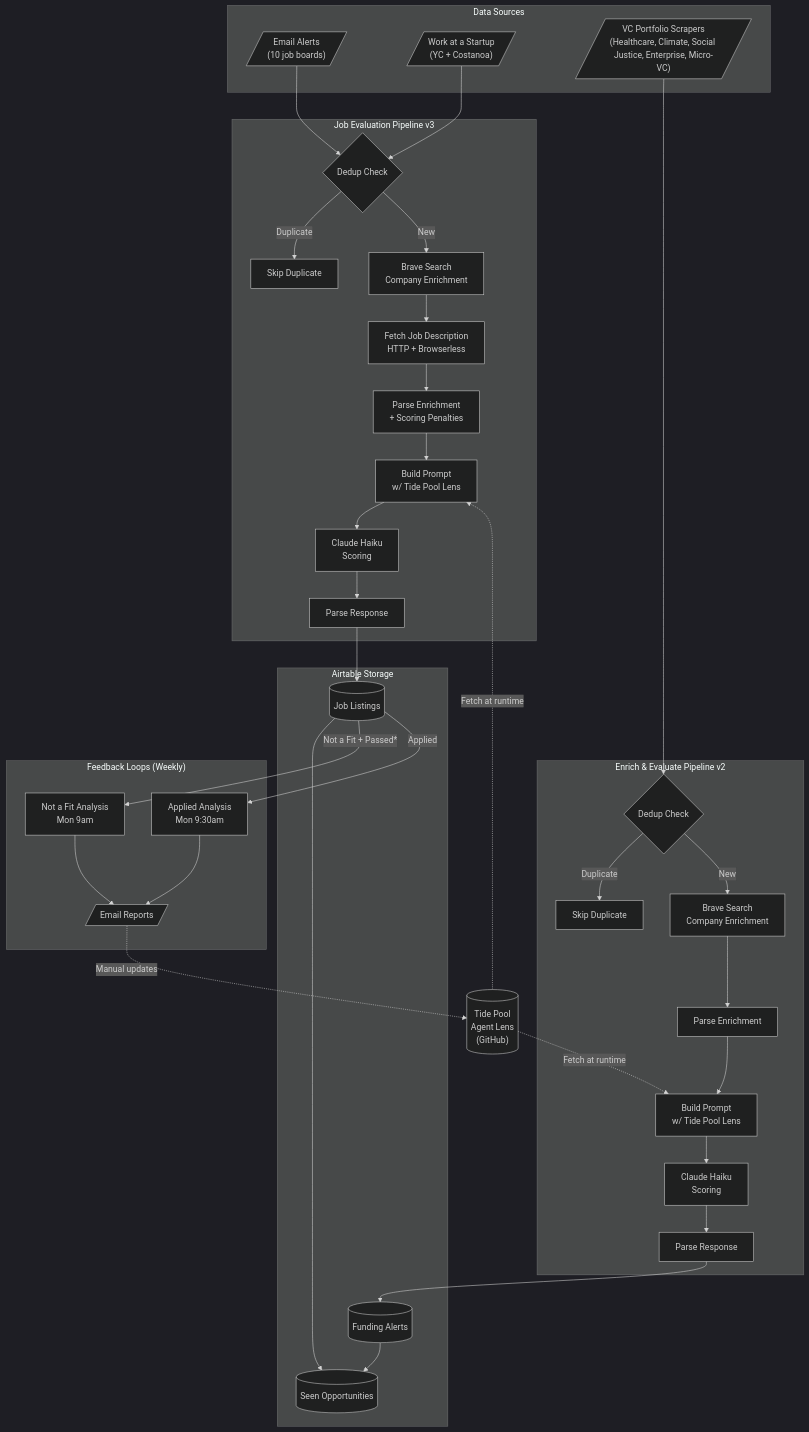
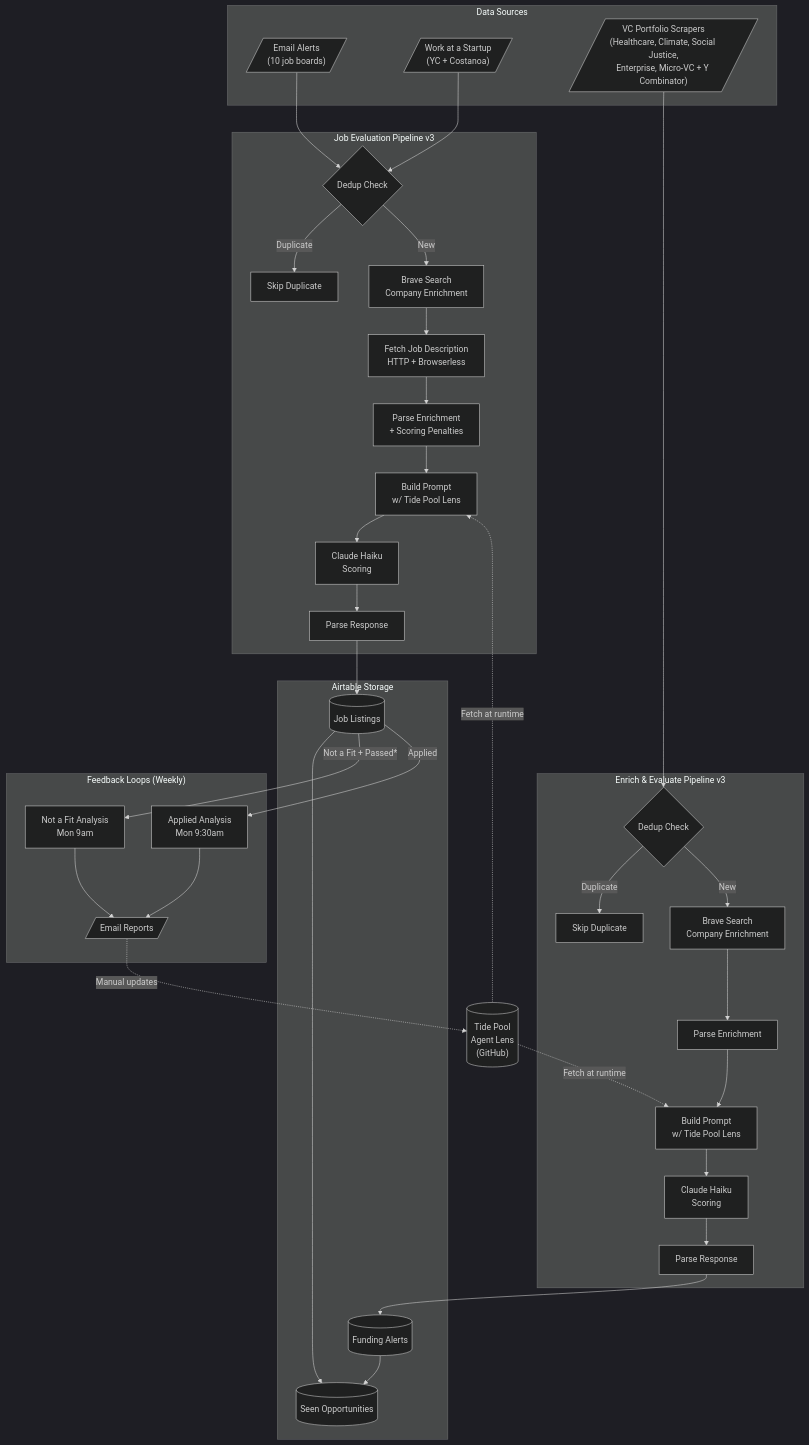
Before and after one commit to zelman/job_search: the first of 7 diagrams in FLOWCHART.md, drawn with Mermaid (dark theme). The commit also changed other lines of this file and 20 other files, not shown here.

````diff
--- a/FLOWCHART.md
+++ b/FLOWCHART.md
@@ -5,78 +5,78 @@
 ```mermaid
 flowchart TB
     subgraph Sources["Data Sources"]
         EMAIL[/"Email Alerts<br/>(10 job boards)"/]
         YC[/"Work at a Startup<br/>(YC + Costanoa)"/]
-        VC[/"VC Portfolio Scrapers<br/>(Healthcare, Climate, Social Justice, Enterprise, Micro-VC)"/]
+        VC[/"VC Portfolio Scrapers<br/>(Healthcare, Climate, Social Justice,<br/>Enterprise, Micro-VC + Y Combinator)"/]
     end
 
     subgraph JobPipeline["Job Evaluation Pipeline v3"]
         JP_DEDUP{Dedup Check}
         JP_SKIP[Skip Duplicate]
         JP_BRAVE[Brave Search<br/>Company Enrichment]
         JP_JD[Fetch Job Description<br/>HTTP + Browserless]
         JP_ENRICH[Parse Enrichment<br/>+ Scoring Penalties]
         JP_PROMPT[Build Prompt<br/>w/ Tide Pool Lens]
         JP_CLAUDE[Claude Haiku<br/>Scoring]
         JP_PARSE[Parse Response]
     end
 
-    subgraph CompanyPipeline["Enrich & Evaluate Pipeline v2"]
+    subgraph CompanyPipeline["Enrich & Evaluate Pipeline v3"]
         CP_DEDUP{Dedup Check}
         CP_SKIP[Skip Duplicate]
         CP_BRAVE[Brave Search<br/>Company Enrichment]
         CP_ENRICH[Parse Enrichment]
         CP_PROMPT[Build Prompt<br/>w/ Tide Pool Lens]
         CP_CLAUDE[Claude Haiku<br/>Scoring]
         CP_PARSE[Parse Response]
     end
 
     subgraph Storage["Airtable Storage"]
         JOBS[(Job Listings)]
         COMPANIES[(Funding Alerts)]
         SEEN[(Seen Opportunities)]
     end
 
     subgraph Feedback["Feedback Loops (Weekly)"]
         FB_NAF[Not a Fit Analysis<br/>Mon 9am]
         FB_APP[Applied Analysis<br/>Mon 9:30am]
         REPORT[/"Email Reports"/]
     end
 
     LENS[("Tide Pool<br/>Agent Lens<br/>(GitHub)")]
 
     %% Source to Pipeline connections
     EMAIL --> JP_DEDUP
     YC --> JP_DEDUP
     VC --> CP_DEDUP
 
     %% Job Pipeline flow
     JP_DEDUP -->|Duplicate| JP_SKIP
     JP_DEDUP -->|New| JP_BRAVE
     JP_BRAVE --> JP_JD
     JP_JD --> JP_ENRICH
     JP_ENRICH --> JP_PROMPT
     LENS -.->|Fetch at runtime| JP_PROMPT
     JP_PROMPT --> JP_CLAUDE
     JP_CLAUDE --> JP_PARSE
     JP_PARSE --> JOBS
     JOBS --> SEEN
 
     %% Company Pipeline flow
     CP_DEDUP -->|Duplicate| CP_SKIP
     CP_DEDUP -->|New| CP_BRAVE
     CP_BRAVE --> CP_ENRICH
     CP_ENRICH --> CP_PROMPT
     LENS -.->|Fetch at runtime| CP_PROMPT
     CP_PROMPT --> CP_CLAUDE
     CP_CLAUDE --> CP_PARSE
     CP_PARSE --> COMPANIES
     COMPANIES --> SEEN
 
     %% Feedback loops
     JOBS -->|"Not a Fit + Passed*"| FB_NAF
     JOBS -->|Applied| FB_APP
     FB_NAF --> REPORT
     FB_APP --> REPORT
     REPORT -.->|Manual updates| LENS
 ```
````
